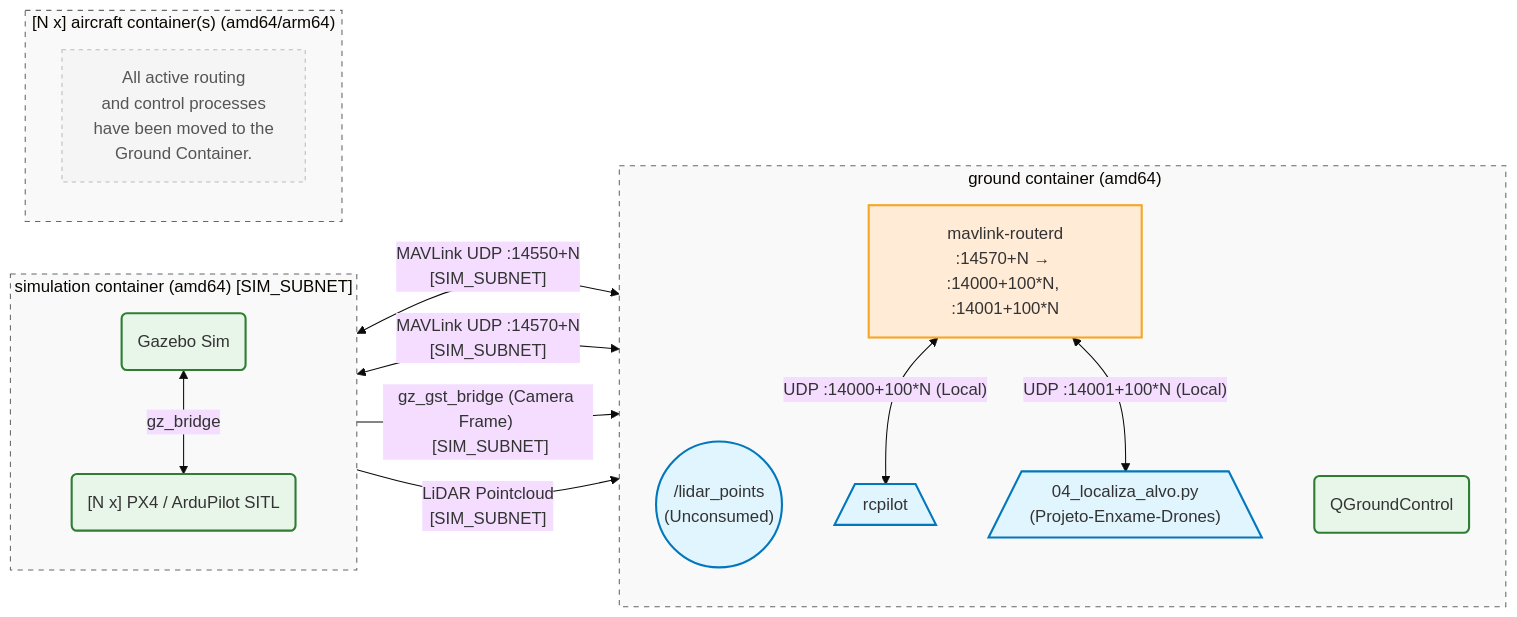
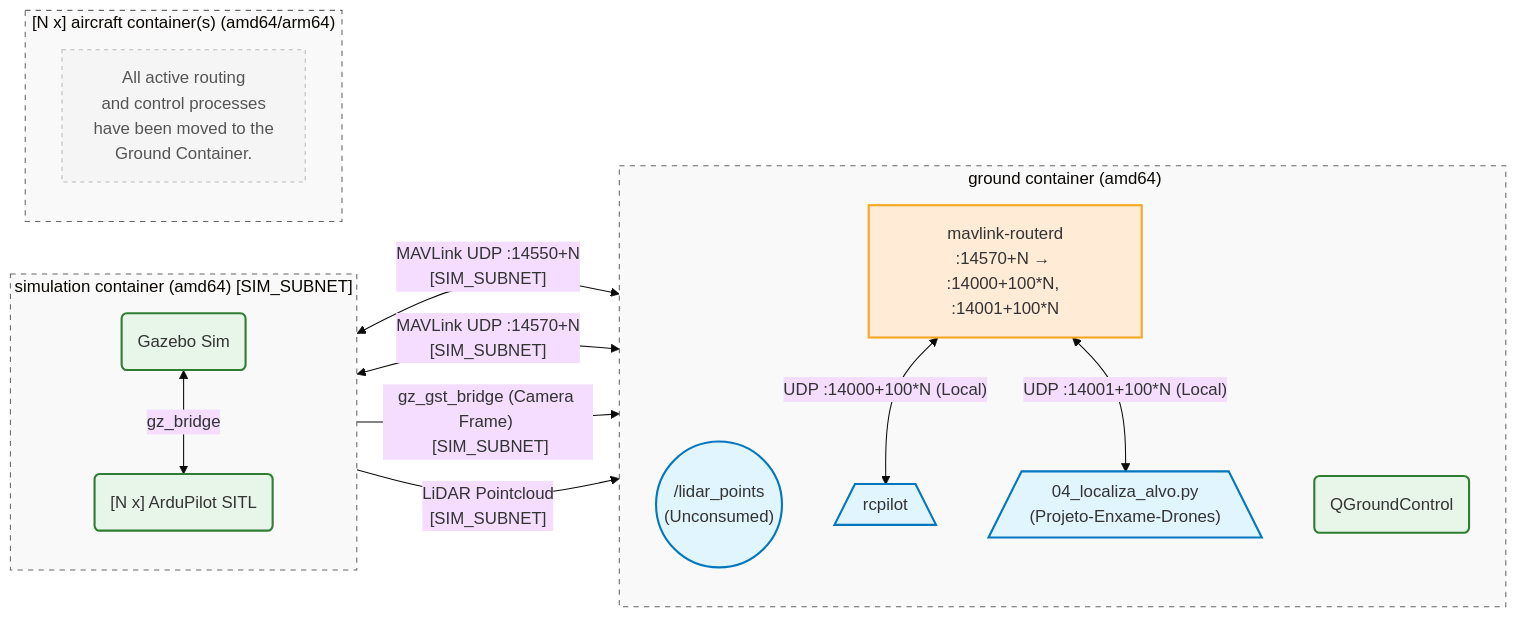
The second of 2 diagrams in README.md (droneswarmufpe/aerial-autonomy-stack), drawn with Mermaid before and after one commit. The commit also changed other lines of this file and 25 other files, not shown here.

````diff
--- a/README.md
+++ b/README.md
@@ -75,42 +74,42 @@
 ```mermaid
 %%{init: {'theme': 'base', 'themeVariables': { 'fontFamily': 'monospace'}}}%%
 flowchart LR
     subgraph sim ["simulation container (amd64) [SIM_SUBNET]"]
         direction TB
         gz(Gazebo Sim):::resource
-        sitl("[N x] PX4 / ArduPilot SITL"):::resource
+        sitl("[N x] ArduPilot SITL"):::resource
         gz <--> |"gz_bridge"| sitl
     end
 
     subgraph gnd ["#nbsp;ground#nbsp;container#nbsp;(amd64)"]
         direction TB
         lidar_in(("/lidar_points<br/>(Unconsumed)")):::algo
         qgc(QGroundControl):::resource
 
         mavrouter["mavlink-routerd<br/>:14570+N → :14000+100*N, :14001+100*N"]:::bridge
         rcpilot[/"rcpilot"\]:::algo
         script04[/"04_localiza_alvo.py<br/>(Projeto-Enxame-Drones)"\]:::algo
 
         mavrouter <--> |"UDP :14000+100*N (Local)"| rcpilot
         mavrouter <--> |"UDP :14001+100*N (Local)"| script04
     end
 
     subgraph air ["[N#nbsp;x]#nbsp;aircraft#nbsp;container(s)#nbsp;(amd64/arm64)"]
         direction TB
         idle_node["All active routing<br/>and control processes<br/>have been moved to the<br/>Ground Container."]:::idleStyle
     end
 
     %% External Network Routing
     sitl <--> |"MAVLink UDP :14550+N <br/> [SIM_SUBNET]"| qgc
     sitl <--> |"MAVLink UDP :14570+N <br/> [SIM_SUBNET]"| mavrouter
     gz --> |"gz_gst_bridge (Camera Frame) <br/> [SIM_SUBNET]"| script04
     gz --> |"LiDAR Pointcloud <br/> [SIM_SUBNET]"| lidar_in
 
     classDef bridge fill:#ffebd6,stroke:#f5a623,stroke-width:2px;
     classDef algo fill:#e1f5fe,stroke:#0277bd,stroke-width:2px;
     classDef resource fill:#e8f5e9,stroke:#2e7d32,stroke-width:2px;
     classDef whiteStyle fill:#f9f9f9,stroke:#666,stroke-width:1px,stroke-dasharray: 5 5;
     classDef idleStyle fill:#f5f5f5,stroke:#bbb,stroke-width:1px,color:#555,stroke-dasharray: 4 4;
     
     class sim,air,gnd whiteStyle;
 ```
````
